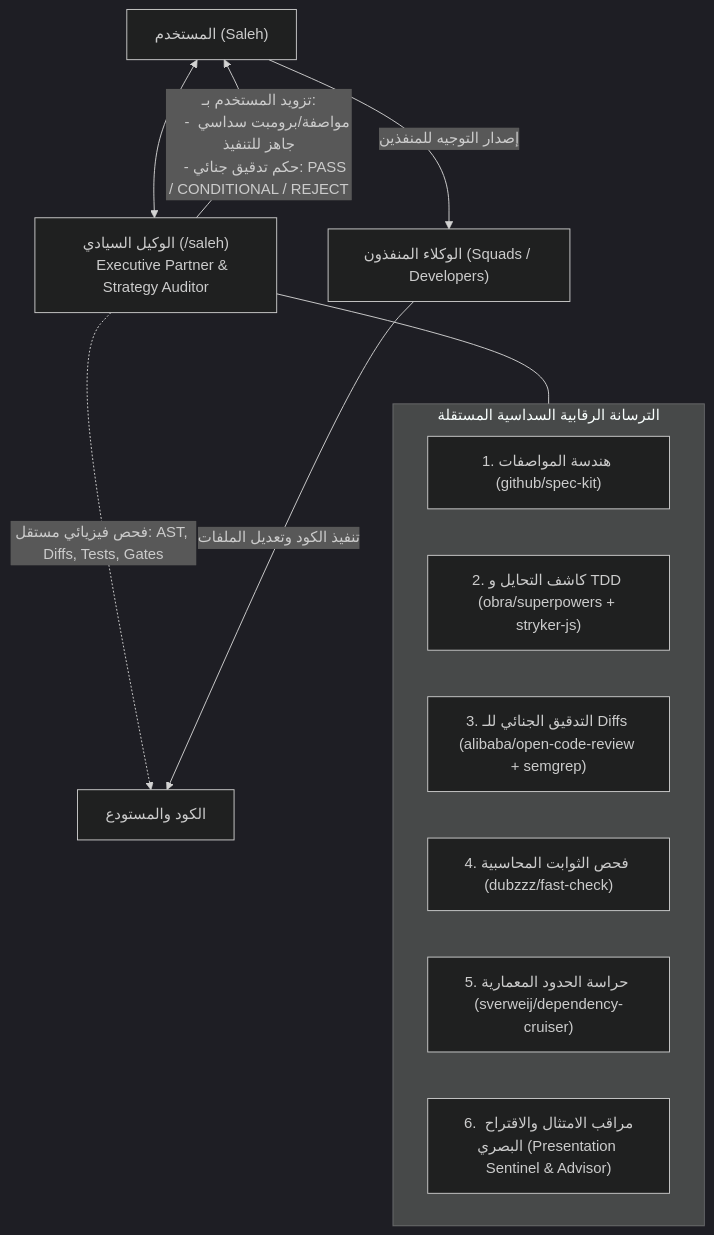
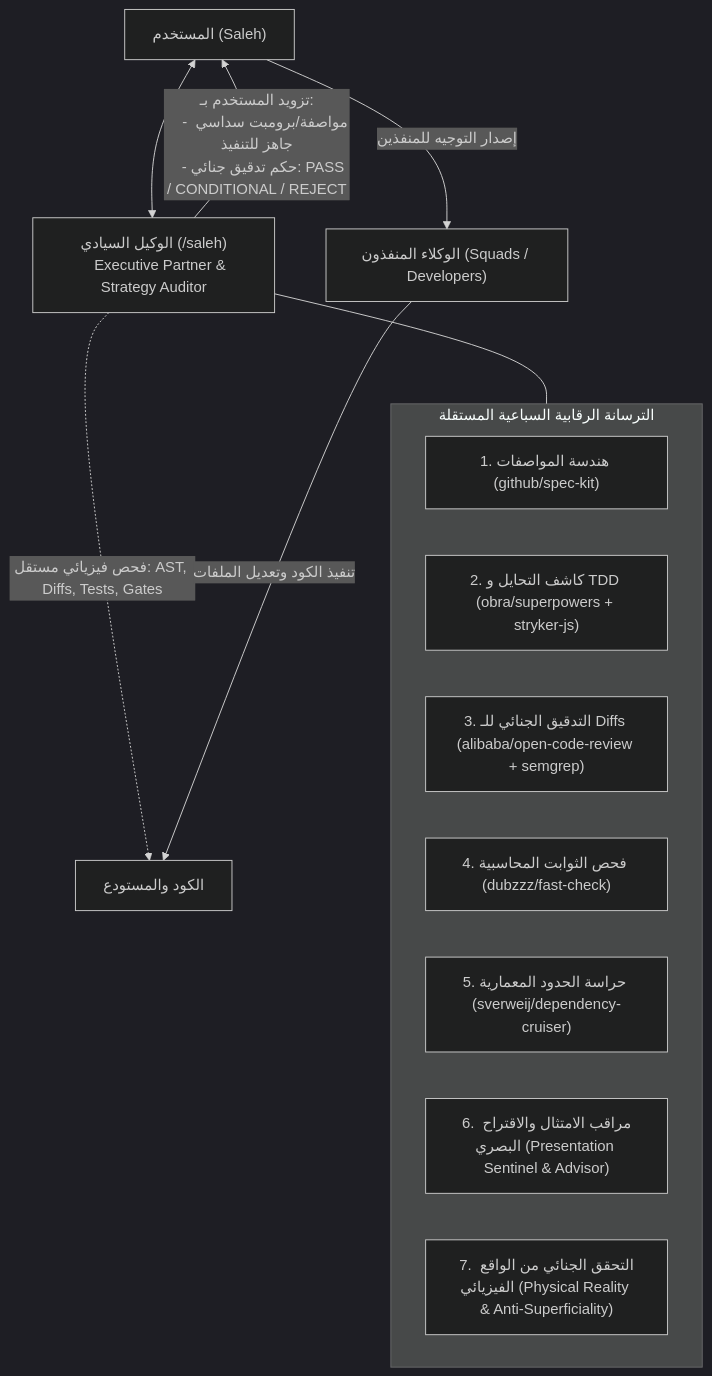
Before and after one commit to SalehOsman/Alsaada-Smart-Bot: the diagram in .agents/skills/saleh/SKILL.md, drawn with Mermaid (dark theme). The commit also changed other lines of this file and 73 other files, not shown here.

````diff
--- a/.agents/skills/saleh/SKILL.md
+++ b/.agents/skills/saleh/SKILL.md
@@ -34,22 +34,23 @@
 ```mermaid
 flowchart TD
     User["المستخدم (Saleh)"] <--> SalehAgent["الوكيل السيادي (/saleh)
     Executive Partner & Strategy Auditor"]
 
-    subgraph Armory["الترسانة الرقابية السداسية المستقلة"]
+    subgraph Armory["الترسانة الرقابية السباعية المستقلة"]
         M1["1. هندسة المواصفات (github/spec-kit)"]
         M2["2. كاشف التحايل و TDD (obra/superpowers + stryker-js)"]
         M3["3. التدقيق الجنائي للـ Diffs (alibaba/open-code-review + semgrep)"]
         M4["4. فحص الثوابت المحاسبية (dubzzz/fast-check)"]
         M5["5. حراسة الحدود المعمارية (sverweij/dependency-cruiser)"]
         M6["6. مراقب الامتثال والاقتراح البصري (Presentation Sentinel & Advisor)"]
+        M7["7. التحقق الجنائي من الواقع الفيزيائي (Physical Reality & Anti-Superficiality)"]
     end
 
     SalehAgent --- Armory
     SalehAgent -.->|"فحص فيزيائي مستقل: AST, Diffs, Tests, Gates"| Codebase["الكود والمستودع"]
     SalehAgent -->|"تزويد المستخدم بـ:
     - مواصفة/برومبت سداسي جاهز للتنفيذ
     - حكم تدقيق جنائي: PASS / CONDITIONAL / REJECT"| User
     User -->|"إصدار التوجيه للمنفذين"| WorkerAgents["الوكلاء المنفذون (Squads / Developers)"]
     WorkerAgents -->|"تنفيذ الكود وتعديل الملفات"| Codebase
 ```
````
